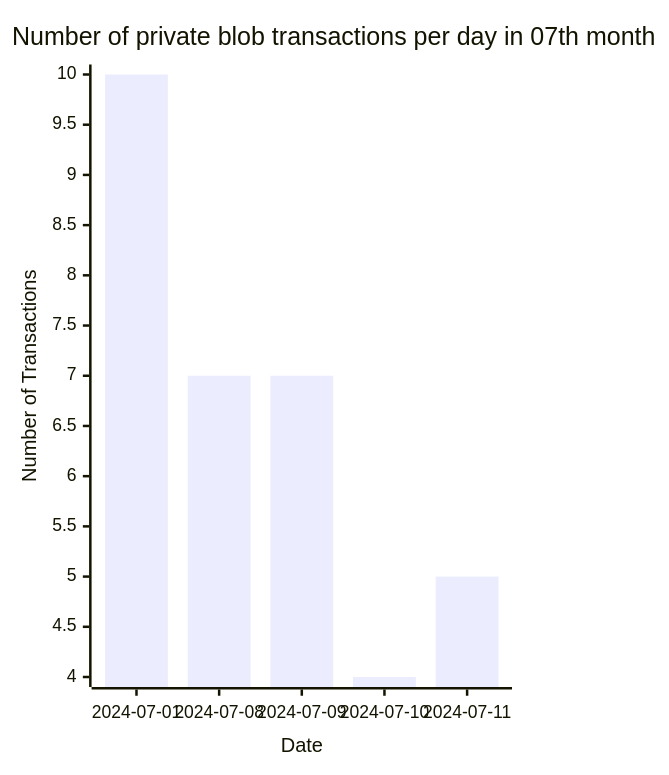
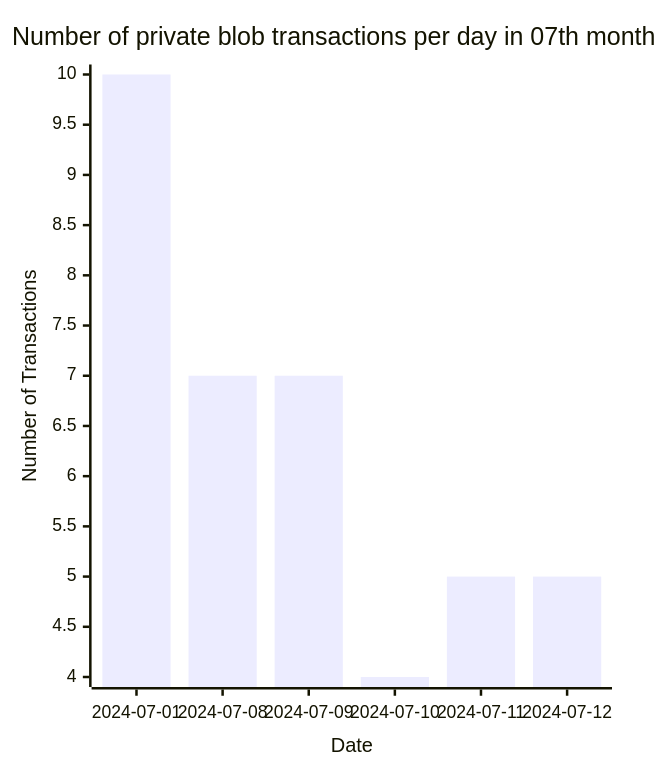
One commit to Amit0617/eip4844-data changed the fifth of 5 diagrams in README.md. Above: the diagram before and after it, drawn with Mermaid. The commit also changed 1 other file, not shown here.

````diff
--- a/README.md
+++ b/README.md
@@ -53,12 +53,12 @@
 ```mermaid
 ---
 config:
     xyChart:
-        width: 400
+        width: 480
         height: 600
 ---
 xychart-beta title "Number of private blob transactions per day in 07th month"
-x-axis "Date" [2024-07-01,2024-07-08,2024-07-09,2024-07-10,2024-07-11]
+x-axis "Date" [2024-07-01,2024-07-08,2024-07-09,2024-07-10,2024-07-11,2024-07-12]
 y-axis "Number of Transactions"
-bar[10,7,7,4,5]
+bar[10,7,7,4,5,5]
 ```
````
